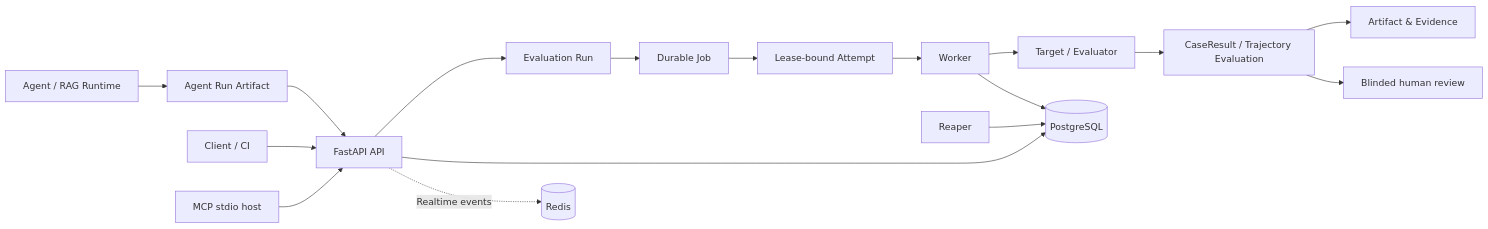
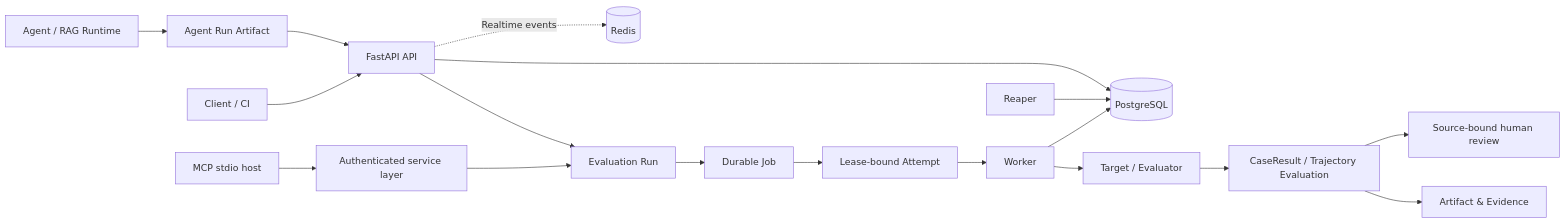
One commit to godofxuan/ai-evalops-platform changed the diagram in README.md. Above: the diagram before and after it, drawn with Mermaid. The commit also changed other lines of this file and 9 other files, not shown here.

````diff
--- a/README.md
+++ b/README.md
@@ -30,19 +31,20 @@
 ```mermaid
 flowchart LR
     Agent[Agent / RAG Runtime] --> Trajectory[Agent Run Artifact]
     Client[Client / CI] --> API[FastAPI API]
     Trajectory --> API
     API --> Run[Evaluation Run]
     Run --> Job[Durable Job]
     Job --> Attempt[Lease-bound Attempt]
     Attempt --> Worker[Worker]
     Worker --> Target[Target / Evaluator]
     Target --> Result[CaseResult / Trajectory Evaluation]
     Result --> Artifact[Artifact & Evidence]
-    MCP[MCP stdio host] --> API
-    Result --> Review[Blinded human review]
+    MCP[MCP stdio host] --> Service[Authenticated service layer]
+    Service --> Run
+    Result --> Review[Source-bound human review]
     API --> PG[(PostgreSQL)]
     Worker --> PG
     Reaper[Reaper] --> PG
     API -. Realtime events .-> Redis[(Redis)]
 ```
````
